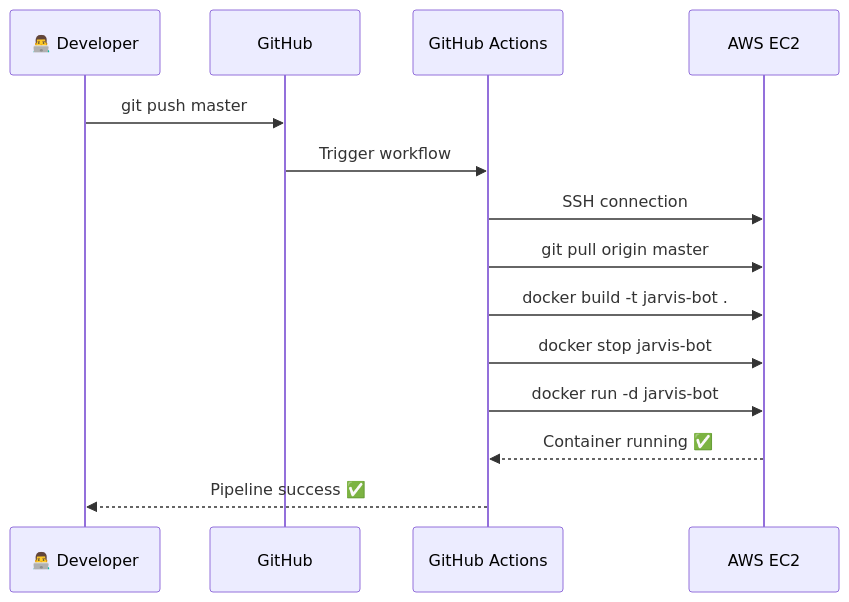
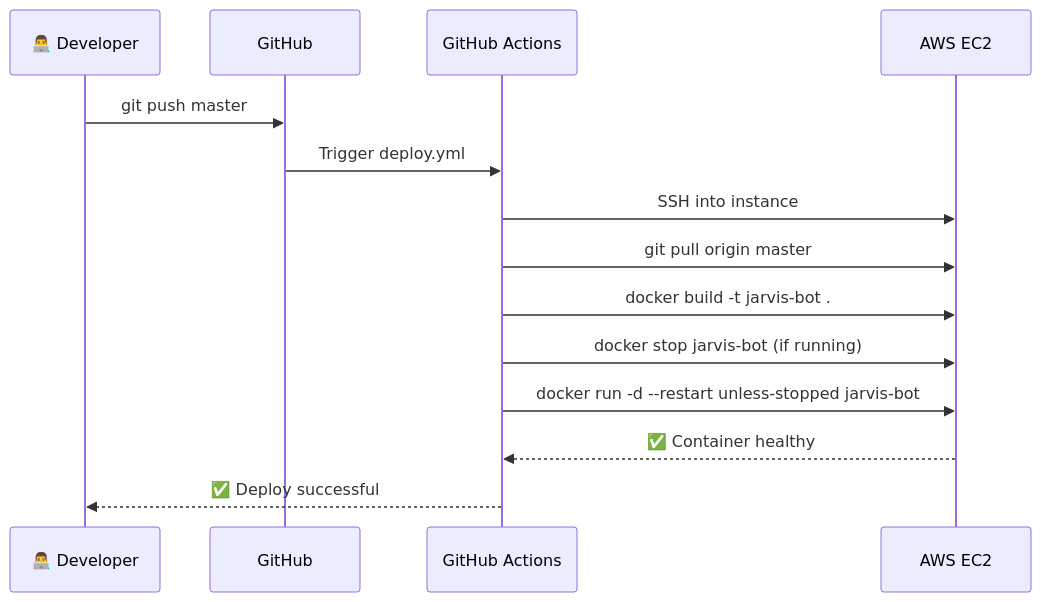
The second of 3 diagrams in README.md (Sahilx987/jarvis-devops-bot), drawn with Mermaid before and after one commit. The commit also changed other lines of this file, not shown here.

Commit message:
docs: fix merge conflict, add mermaid architecture diagrams1

````diff
--- a/README.md
+++ b/README.md
@@ -728,17 +209,17 @@
 ```mermaid
 sequenceDiagram
     participant Dev as 👨‍💻 Developer
     participant GH as GitHub
     participant GA as GitHub Actions
     participant EC2 as AWS EC2
 
     Dev->>GH: git push master
-    GH->>GA: Trigger workflow
-    GA->>EC2: SSH connection
+    GH->>GA: Trigger deploy.yml
+    GA->>EC2: SSH into instance
     GA->>EC2: git pull origin master
     GA->>EC2: docker build -t jarvis-bot .
-    GA->>EC2: docker stop jarvis-bot
-    GA->>EC2: docker run -d jarvis-bot
-    EC2-->>GA: Container running ✅
-    GA-->>Dev: Pipeline success ✅
+    GA->>EC2: docker stop jarvis-bot (if running)
+    GA->>EC2: docker run -d --restart unless-stopped jarvis-bot
+    EC2-->>GA: ✅ Container healthy
+    GA-->>Dev: ✅ Deploy successful
 ```
````
